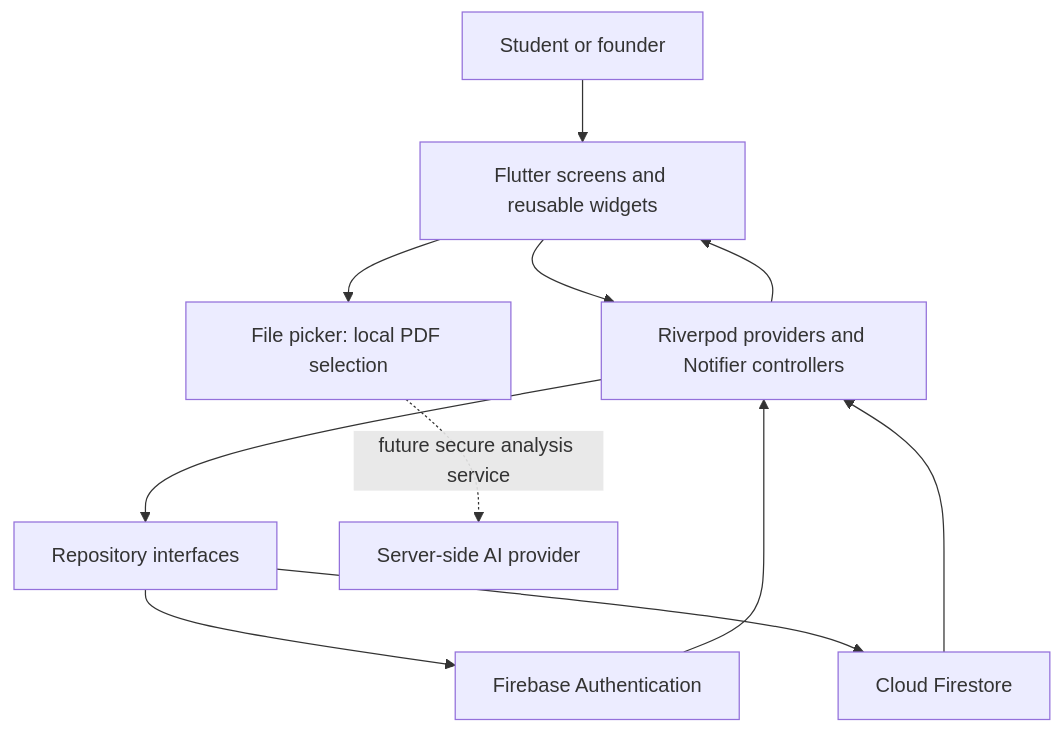
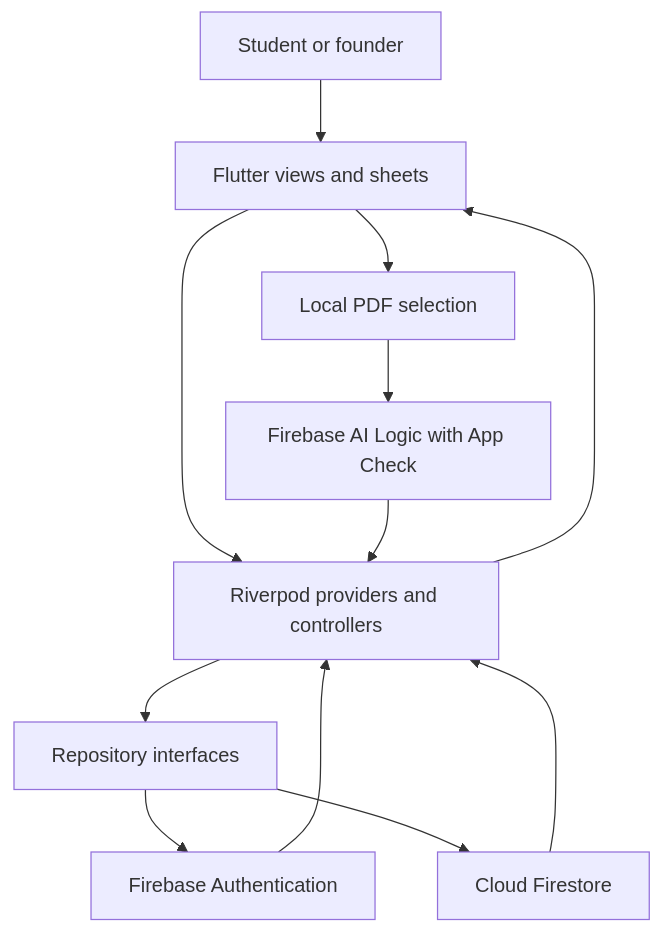
The diagram in docs/architecture.mmd (SpaceMan619/unfold-alu), drawn with Mermaid before and after one commit. The commit also changed 41 other files, not shown here.

```diff
--- a/docs/architecture.mmd
+++ b/docs/architecture.mmd
@@ -1,11 +1,12 @@
 flowchart TB
-    U["Student or founder"] --> UI["Flutter screens and reusable widgets"]
-    UI --> P["Riverpod providers and Notifier controllers"]
+    U["Student or founder"] --> UI["Flutter views and sheets"]
+    UI --> P["Riverpod providers and controllers"]
     P --> R["Repository interfaces"]
     R --> A["Firebase Authentication"]
     R --> F["Cloud Firestore"]
-    UI --> FP["File picker: local PDF selection"]
+    UI --> PDF["Local PDF selection"]
+    PDF --> AI["Firebase AI Logic with App Check"]
+    AI --> P
     F --> P
     A --> P
     P --> UI
-    FP -. "future secure analysis service" .-> AI["Server-side AI provider"]
```
